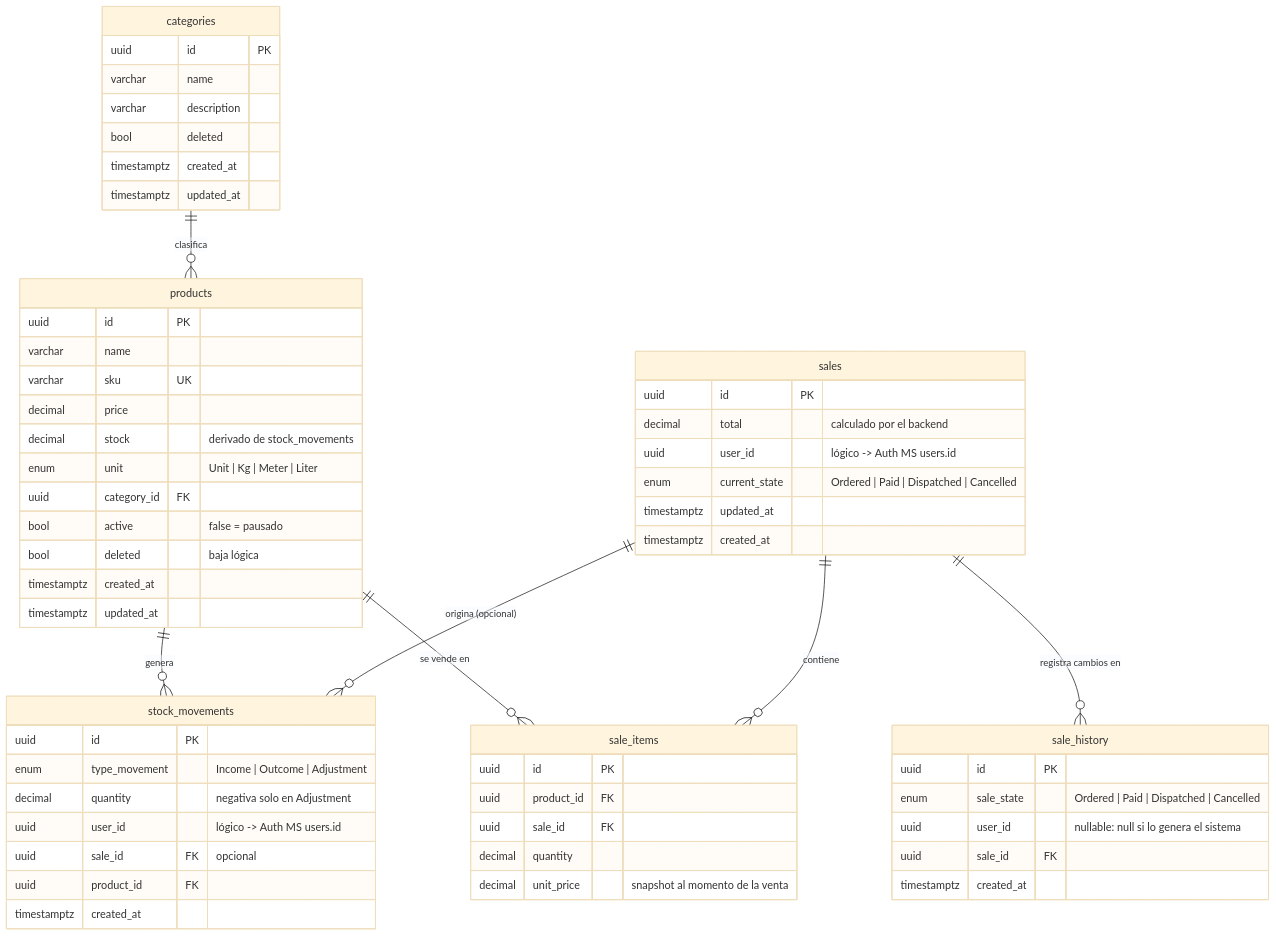
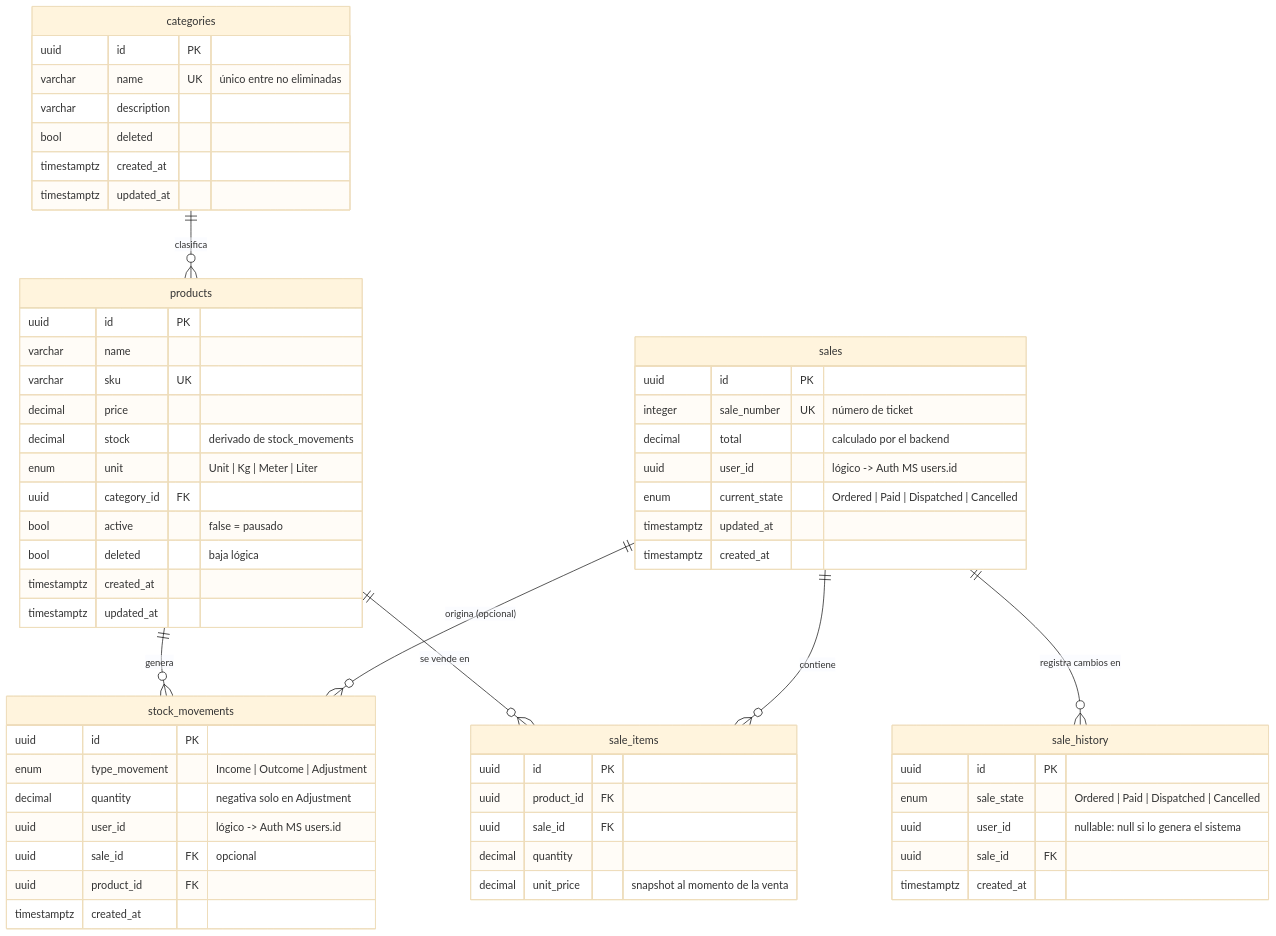
One commit to LautiZ/TrabajoFinal-ERPPymes-Grupo148 changed the third of 4 diagrams in docs/modelo-relacional.md. Above: the diagram before and after it, drawn with Mermaid (base theme). The commit also changed other lines of this file and 6 other files, not shown here.

First line of the commit message:
docs: redesign ER model around business natural keys

````diff
--- a/docs/modelo-relacional.md
+++ b/docs/modelo-relacional.md
@@ -32,67 +159,68 @@
 ```mermaid
 erDiagram
     categories ||--o{ products : "clasifica"
     products ||--o{ stock_movements : "genera"
     products ||--o{ sale_items : "se vende en"
     sales ||--o{ sale_items : "contiene"
     sales ||--o{ sale_history : "registra cambios en"
     sales ||--o{ stock_movements : "origina (opcional)"
 
     categories {
         uuid id PK
-        varchar name
+        varchar name UK "único entre no eliminadas"
         varchar description
         bool deleted
         timestamptz created_at
         timestamptz updated_at
     }
 
     products {
         uuid id PK
         varchar name
         varchar sku UK
         decimal price
         decimal stock "derivado de stock_movements"
         enum unit "Unit | Kg | Meter | Liter"
         uuid category_id FK
         bool active "false = pausado"
         bool deleted "baja lógica"
         timestamptz created_at
         timestamptz updated_at
     }
 
     stock_movements {
         uuid id PK
         enum type_movement "Income | Outcome | Adjustment"
         decimal quantity "negativa solo en Adjustment"
         uuid user_id "lógico -> Auth MS users.id"
         uuid sale_id FK "opcional"
         uuid product_id FK
         timestamptz created_at
     }
 
     sales {
         uuid id PK
+        integer sale_number UK "número de ticket"
         decimal total "calculado por el backend"
         uuid user_id "lógico -> Auth MS users.id"
         enum current_state "Ordered | Paid | Dispatched | Cancelled"
         timestamptz updated_at
         timestamptz created_at
     }
 
     sale_items {
         uuid id PK
         uuid product_id FK
         uuid sale_id FK
         decimal quantity
         decimal unit_price "snapshot al momento de la venta"
     }
 
     sale_history {
         uuid id PK
         enum sale_state "Ordered | Paid | Dispatched | Cancelled"
         uuid user_id "nullable: null si lo genera el sistema"
         uuid sale_id FK
         timestamptz created_at
     }
 ```
````
